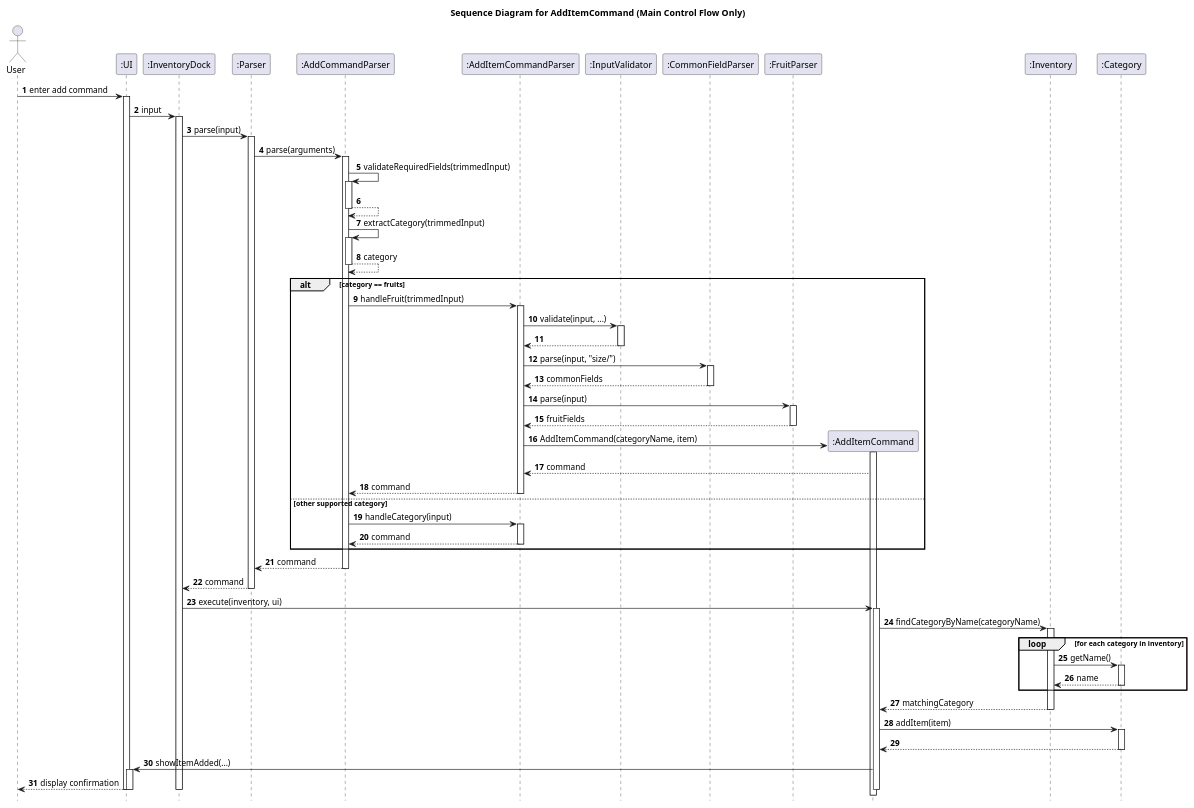
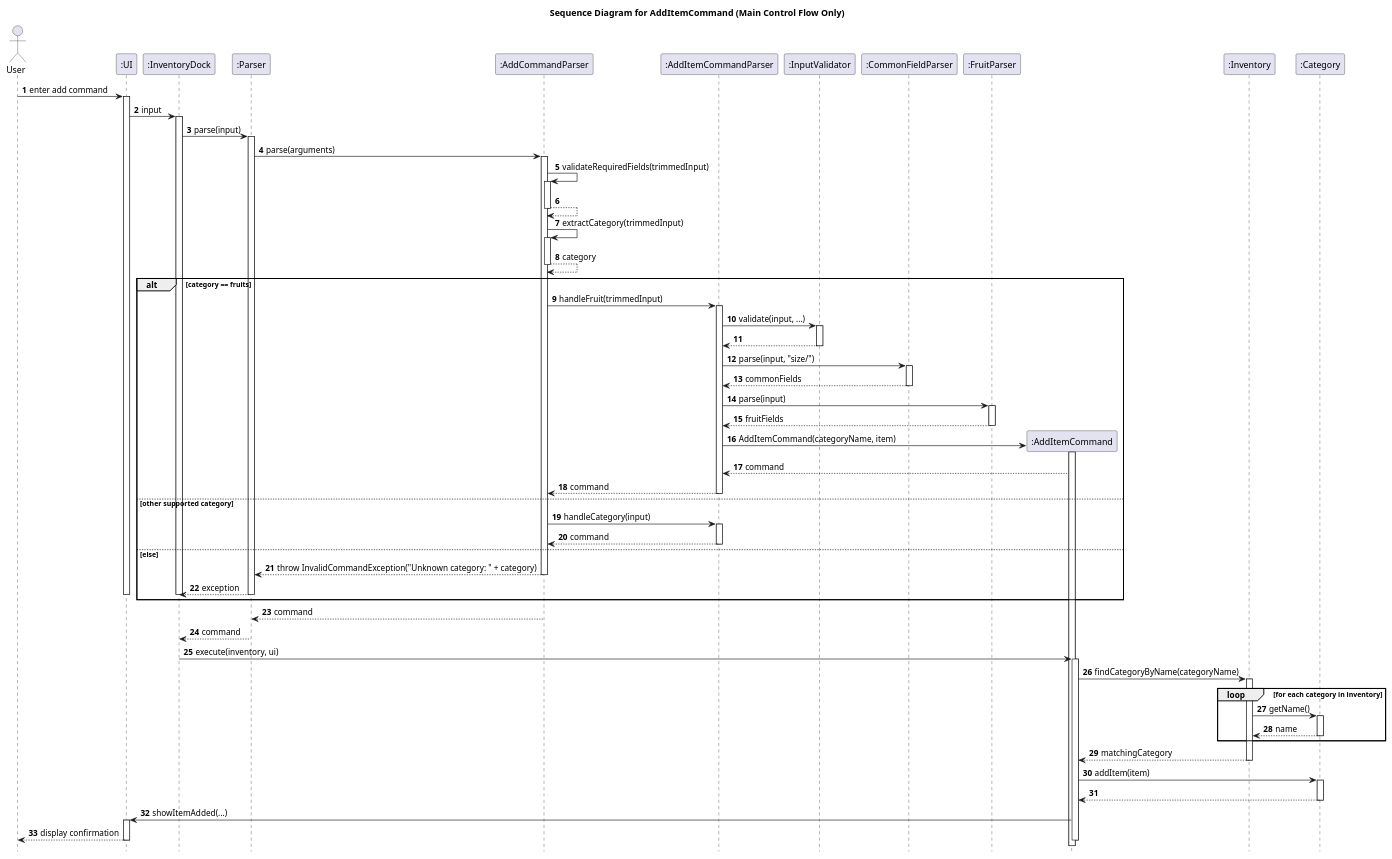
Before and after one commit to yueyang1111/tp: the diagram in docs/diagrams/sequence/AddItemCommandMainFlow.puml, drawn with PlantUML. The commit also changed 10 other files, not shown here.

Commit message:
Add missing else blocks for sequence diagrams

```diff
--- a/docs/diagrams/sequence/AddItemCommandMainFlow.puml
+++ b/docs/diagrams/sequence/AddItemCommandMainFlow.puml
@@ -1,104 +1,111 @@
 @startuml
 title Sequence Diagram for AddItemCommand (Main Control Flow Only)
 
 autonumber
 hide footbox
 
 actor User
 participant ":UI" as UI
 participant ":InventoryDock" as InventoryDock
 participant ":Parser" as Parser
 participant ":AddCommandParser" as AddCommandParser
 participant ":AddItemCommandParser" as AddItemCommandParser
 participant ":InputValidator" as InputValidator
 participant ":CommonFieldParser" as CommonFieldParser
 participant ":FruitParser" as FruitParser
 participant ":AddItemCommand" as AddItemCommand
 participant ":Inventory" as Inventory
 participant ":Category" as Category
 
 User -> UI: enter add command
 activate UI
 UI -> InventoryDock: input
 activate InventoryDock
 InventoryDock -> Parser: parse(input)
 activate Parser
 
 Parser -> AddCommandParser: parse(arguments)
 activate AddCommandParser
 
 AddCommandParser -> AddCommandParser: validateRequiredFields(trimmedInput)
 activate AddCommandParser
 AddCommandParser --> AddCommandParser
 deactivate AddCommandParser
 
 AddCommandParser -> AddCommandParser: extractCategory(trimmedInput)
 activate AddCommandParser
 AddCommandParser --> AddCommandParser: category
 deactivate AddCommandParser
 
 alt category == fruits
     AddCommandParser -> AddItemCommandParser: handleFruit(trimmedInput)
     activate AddItemCommandParser
 
     AddItemCommandParser -> InputValidator: validate(input, ...)
     activate InputValidator
     InputValidator --> AddItemCommandParser
     deactivate InputValidator
 
     AddItemCommandParser -> CommonFieldParser: parse(input, "size/")
     activate CommonFieldParser
     CommonFieldParser --> AddItemCommandParser: commonFields
     deactivate CommonFieldParser
 
     AddItemCommandParser -> FruitParser: parse(input)
     activate FruitParser
     FruitParser --> AddItemCommandParser: fruitFields
     deactivate FruitParser
 
     create AddItemCommand
     AddItemCommandParser -> AddItemCommand: AddItemCommand(categoryName, item)
     activate AddItemCommand
     AddItemCommand --> AddItemCommandParser: command
 
     AddItemCommandParser --> AddCommandParser: command
     deactivate AddItemCommandParser
 else other supported category
     AddCommandParser -> AddItemCommandParser: handleCategory(input)
     activate AddItemCommandParser
     AddItemCommandParser --> AddCommandParser: command
     deactivate AddItemCommandParser
+else else
+    AddCommandParser --> Parser: throw InvalidCommandException("Unknown category: " + category)
+    deactivate AddCommandParser
+    Parser --> InventoryDock: exception
+    deactivate Parser
+    deactivate InventoryDock
+    deactivate UI
 end
 
 AddCommandParser --> Parser: command
 deactivate AddCommandParser
 Parser --> InventoryDock: command
 deactivate Parser
 
 InventoryDock -> AddItemCommand: execute(inventory, ui)
 activate AddItemCommand
 AddItemCommand -> Inventory: findCategoryByName(categoryName)
 activate Inventory
 loop for each category in inventory
     Inventory -> Category: getName()
     activate Category
     Category --> Inventory: name
     deactivate Category
 end
 Inventory --> AddItemCommand: matchingCategory
 deactivate Inventory
 
 AddItemCommand -> Category: addItem(item)
 activate Category
 Category --> AddItemCommand
 deactivate Category
 
 AddItemCommand -> UI: showItemAdded(...)
 activate UI
 UI --> User: display confirmation
 deactivate UI
 deactivate AddItemCommand
 
 deactivate InventoryDock
 deactivate UI
 @enduml
```
